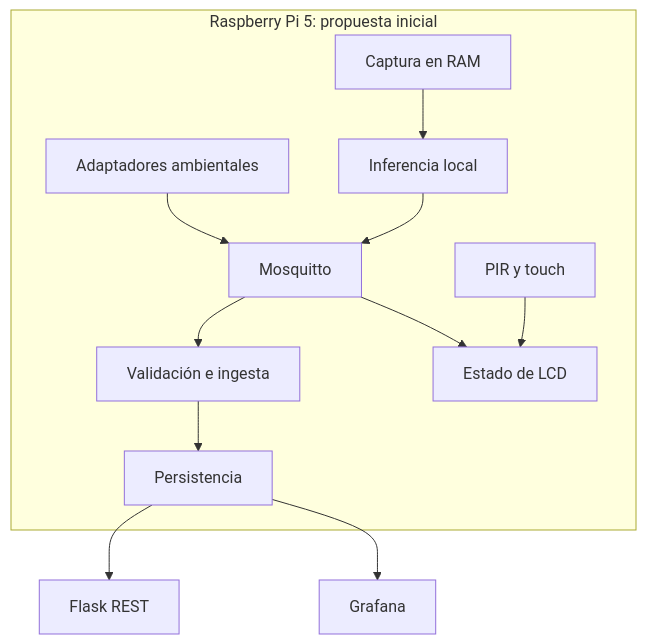
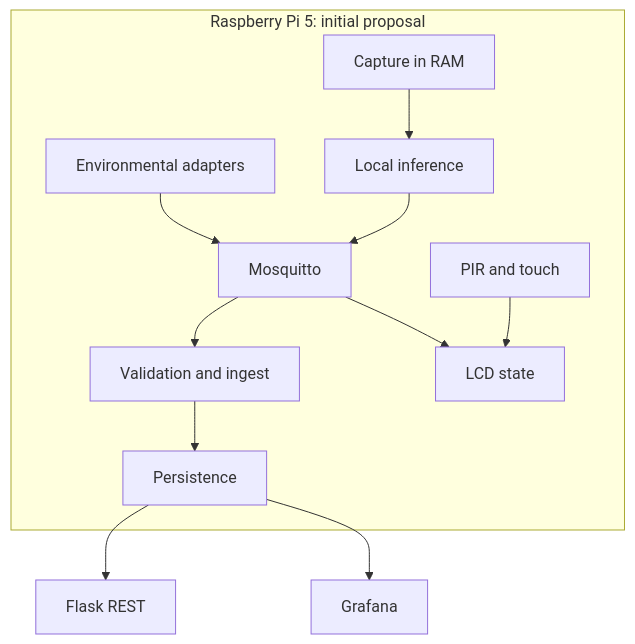
The diagram in docs/architecture.md (elenaatorralbo/txori-kantua), drawn with Mermaid before and after one commit. The commit also changed other lines of this file and 14 other files, not shown here.

````diff
--- a/docs/architecture.md
+++ b/docs/architecture.md
@@ -20,14 +20,14 @@
 ```mermaid
 flowchart TB
-  subgraph Edge[Raspberry Pi 5: propuesta inicial]
-    Capture[Captura en RAM] --> Inference[Inferencia local]
-    Env[Adaptadores ambientales] --> Broker[Mosquitto]
+  subgraph Edge[Raspberry Pi 5: initial proposal]
+    Capture[Capture in RAM] --> Inference[Local inference]
+    Env[Environmental adapters] --> Broker[Mosquitto]
     Inference --> Broker
-    Broker --> Ingest[Validación e ingesta]
-    Ingest --> DB[Persistencia]
-    Broker --> UI[Estado de LCD]
-    Inputs[PIR y touch] --> UI
+    Broker --> Ingest[Validation and ingest]
+    Ingest --> DB[Persistence]
+    Broker --> UI[LCD state]
+    Inputs[PIR and touch] --> UI
   end
   DB --> API[Flask REST]
   DB --> Grafana[Grafana]
 ```
````
